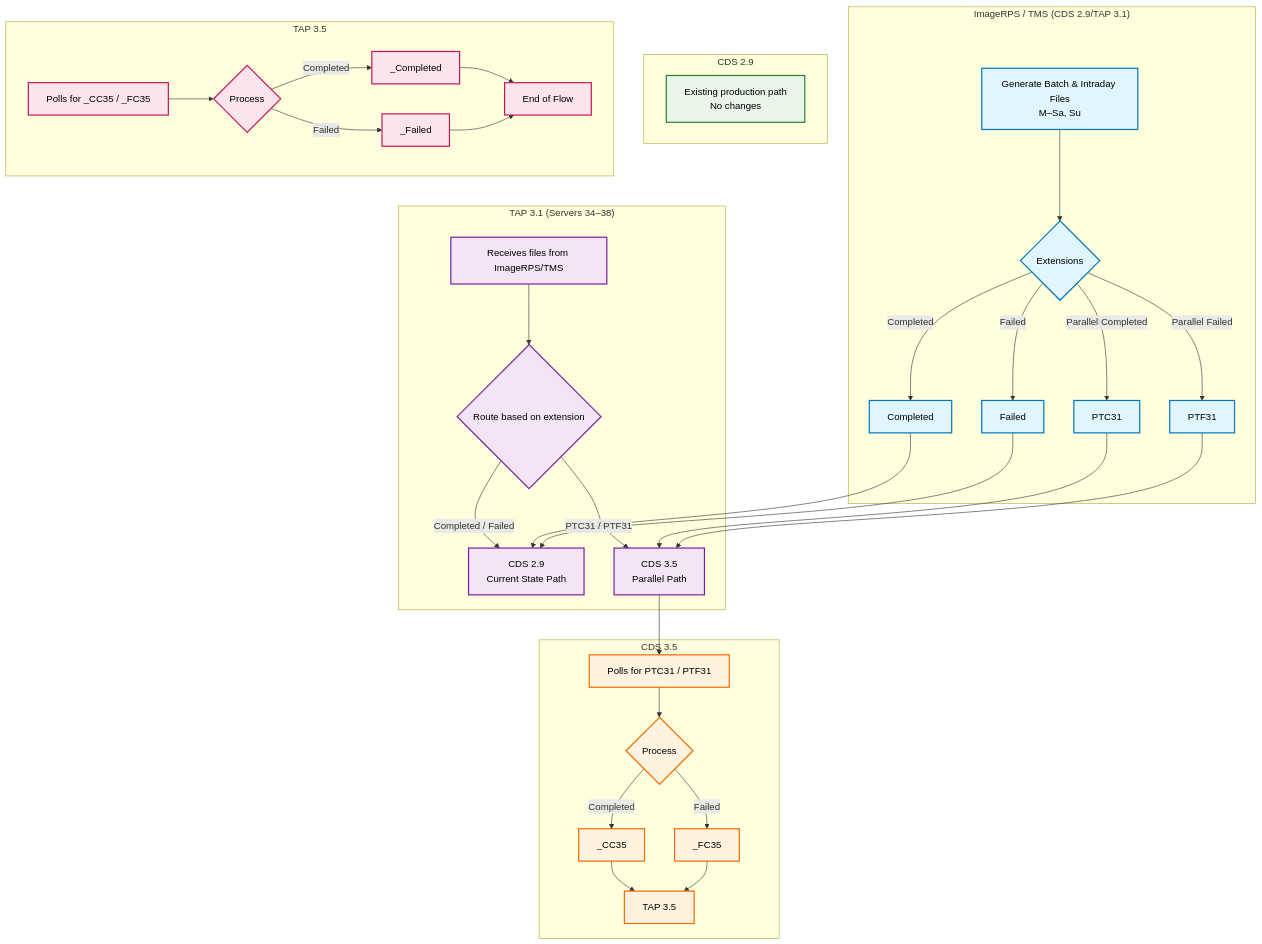
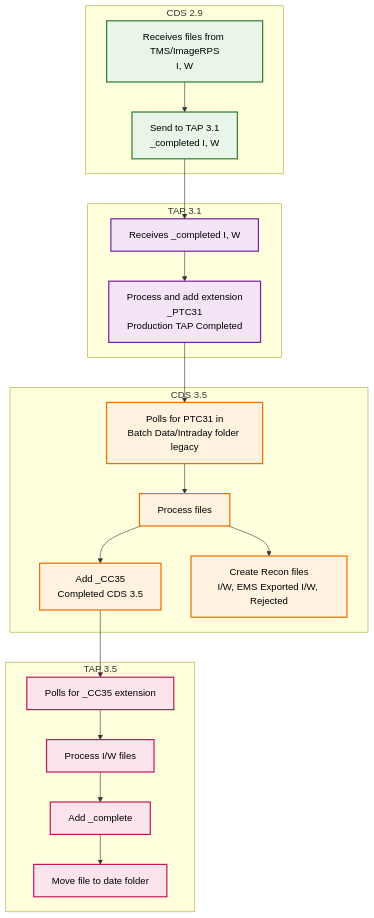
One commit to johnchristensonconduent/lockbox changed the diagram in README.md. Above: the diagram before and after it, drawn with Mermaid. The commit also changed other lines of this file, not shown here.

Commit message:
Update Data Processing Flow Diagram in README

````diff
--- a/README.md
+++ b/README.md
@@ -3,58 +3,40 @@
 ```mermaid
 graph TD
-    subgraph "ImageRPS / TMS (CDS 2.9/TAP 3.1)"
-        A[Generate Batch & Intraday Files<br/>M–Sa, Su]
-        A --> B{Extensions}
-        B -->|Completed| C["Completed"]
-        B -->|Failed| D["Failed"]
-        B -->|Parallel Completed| E["PTC31"]
-        B -->|Parallel Failed| F["PTF31"]
+    subgraph "CDS 2.9"
+        A[Receives files from TMS/ImageRPS<br/>I, W]
+        A --> B[Send to TAP 3.1<br/>_completed I, W]
     end
 
-    subgraph "TAP 3.1 (Servers 34–38)"
-        G[Receives files from ImageRPS/TMS]
-        G --> H{Route based on extension}
-        H -->|Completed / Failed| I[CDS 2.9<br/>Current State Path]
-        H -->|PTC31 / PTF31| J[CDS 3.5<br/>Parallel Path]
-    end
-
-    subgraph "CDS 2.9"
-        K[Existing production path<br/>No changes]
+    subgraph "TAP 3.1"
+        C[Receives _completed I, W]
+        C --> D[Process and add extension<br/>_PTC31<br/>Production TAP Completed]
     end
 
     subgraph "CDS 3.5"
-        L[Polls for PTC31 / PTF31]
-        L --> M{Process}
-        M -->|Completed| N["_CC35"]
-        M -->|Failed| O["_FC35"]
-        N --> P[TAP 3.5]
-        O --> P
+        E[Polls for PTC31 in<br/>Batch Data/Intraday folder legacy]
+        E --> F[Process files]
+        F --> G[Add _CC35<br/>Completed CDS 3.5]
+        F --> H[Create Recon files<br/>I/W, EMS Exported I/W, Rejected]
     end
 
     subgraph "TAP 3.5"
-        Q[Polls for _CC35 / _FC35]
-        Q --> R{Process}
-        R -->|Completed| S["_Completed"]
-        R -->|Failed| T["_Failed"]
-        S --> U[End of Flow]
-        T --> U
+        I[Polls for _CC35 extension]
+        I --> J[Process I/W files]
+        J --> K[Add _complete]
+        K --> L[Move file to date folder]
     end
 
-    C --> I
-    D --> I
-    E --> J
-    F --> J
-    J --> L
+    B --> C
+    D --> E
+    G --> I
 
-    classDef imageRPS fill:#e1f5fe,stroke:#0277bd,stroke-width:2px,color:#000;
+    classDef cds29 fill:#e8f5e8,stroke:#2e7d32,stroke-width:2px,color:#000;
     classDef tap31 fill:#f3e5f5,stroke:#7b1fa2,stroke-width:2px,color:#000;
-    classDef cds29 fill:#e8f5e8,stroke:#2e7d32,stroke-width:2px,color:#000;
     classDef cds35 fill:#fff3e0,stroke:#ef6c00,stroke-width:2px,color:#000;
     classDef tap35 fill:#fce4ec,stroke:#c2185b,stroke-width:2px,color:#000;
 
-    class A,B,C,D,E,F imageRPS;
-    class G,H,I,J tap31;
-    class K cds29;
-    class L,M,N,O,P cds35;
-    class Q,R,S,T,U tap35;
+    class A,B cds29;
+    class C,D tap31;
+    class E,F,G,H cds35;
+    class I,J,K,L tap35;
 ```
````
